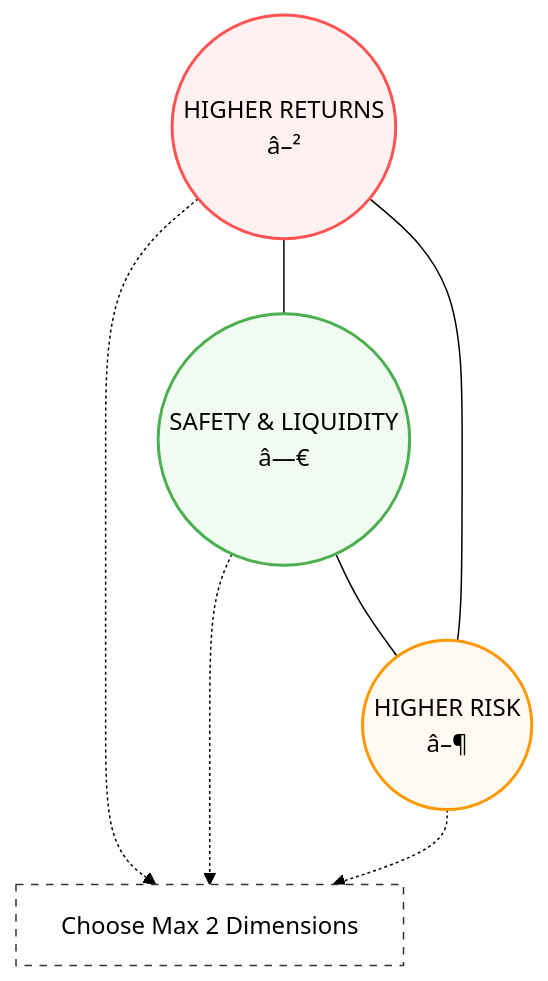
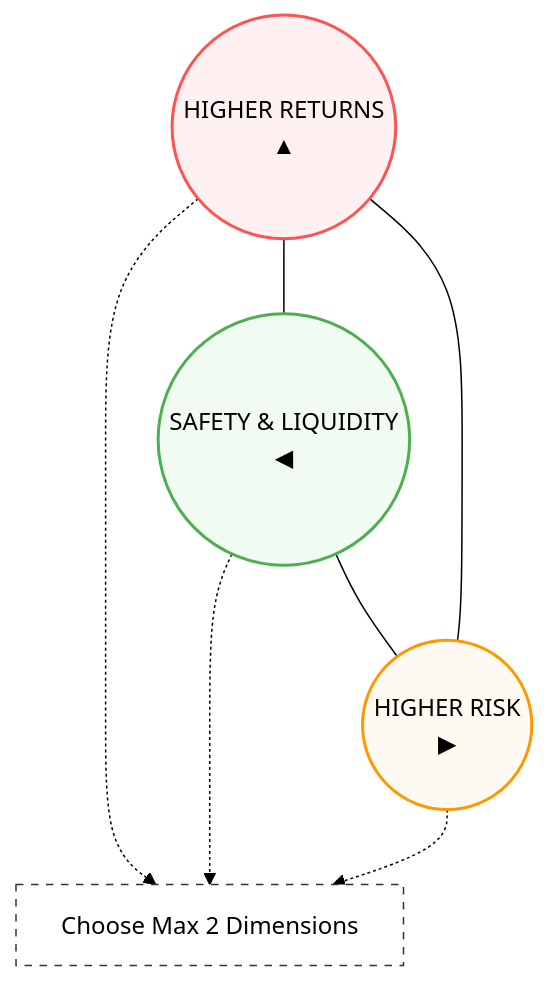
One commit to bengula/BengulaLive changed the third of 6 diagrams in Bengula-Jacob/content/investing/ultimate-guide-to-personal-finance-kenya.md. Above: the diagram before and after it, drawn with Mermaid (forest theme). The commit also changed other lines of this file and 53 other files, not shown here.

````diff
--- a/Bengula-Jacob/content/investing/ultimate-guide-to-personal-finance-kenya.md
+++ b/Bengula-Jacob/content/investing/ultimate-guide-to-personal-finance-kenya.md
@@ -211,23 +211,23 @@
 ```mermaid
 flowchart TD
     %% Outer boundary coordinates mapped visually
-    A(( HIGHER RETURNS <br> â–² )) 
-    B(( SAFETY & LIQUIDITY <br> â—€ ))
-    C(( HIGHER RISK <br> â–¶ ))
+    A(( HIGHER RETURNS <br> ▲ )) 
+    B(( SAFETY & LIQUIDITY <br> ◀ ))
+    C(( HIGHER RISK <br> ▶ ))
 
     %% Triangle Perimeters
     A --- B
     B --- C
     C --- A
 
     %% Central warning text link
     A -.-> Core[Choose Max 2 Dimensions]
     B -.-> Core
     C -.-> Core
 
     style A fill:#fff1f1,stroke:#ff5252,stroke-width:2px
     style B fill:#f1fbf1,stroke:#4caf50,stroke-width:2px
     style C fill:#fffaf1,stroke:#ff9800,stroke-width:2px
     style Core fill:#fff,stroke:#333,stroke-dasharray: 5 5
 
 ```
````
